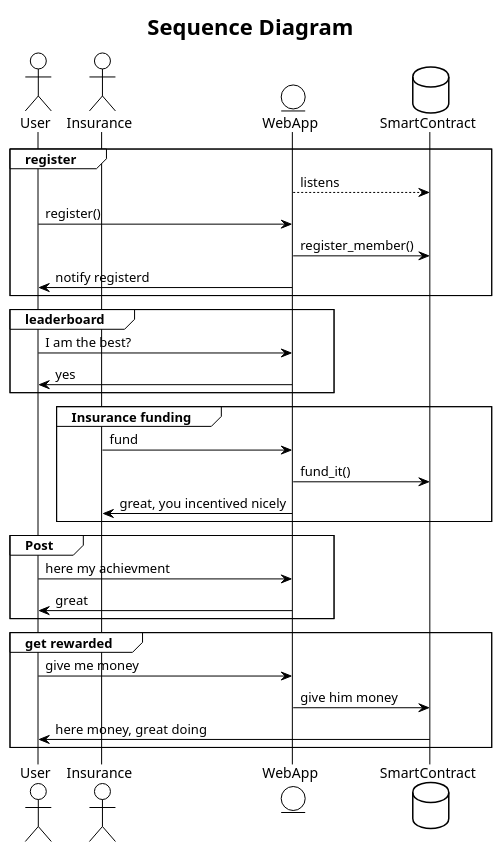
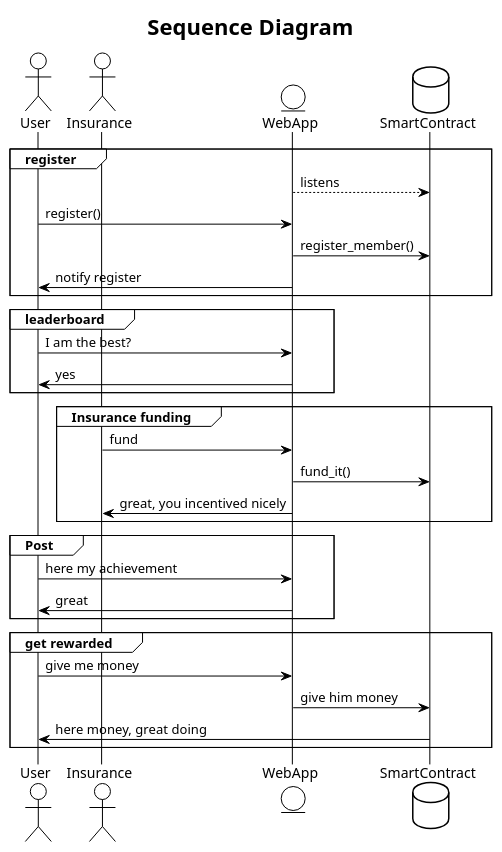
Before and after one commit to FrankBevr/100-Ideas: the third of 3 diagrams in practice/04/04-Ideas.md, drawn with PlantUML. The commit also changed other lines of this file and 1 other file, not shown here.

````diff
--- a/practice/04/04-Ideas.md
+++ b/practice/04/04-Ideas.md
@@ -119,38 +133,38 @@
 ```plantuml
 !theme plain
 title Sequence Diagram
 
 actor User
 actor Insurance
 entity WebApp
 database SmartContract
 
 group register
 WebApp --> SmartContract: listens
 User -> WebApp: register()
 WebApp -> SmartContract: register_member()
-WebApp -> User: notify registerd
+WebApp -> User: notify register
 end
 
 group leaderboard
 User -> WebApp: I am the best?
 WebApp -> User: yes
 end
 
 group Insurance funding
 Insurance -> WebApp: fund
 WebApp -> SmartContract: fund_it()
 WebApp -> Insurance: great, you incentived nicely
 end
 
 group Post
-User -> WebApp: here my achievment
+User -> WebApp: here my achievement
 WebApp -> User: great
 end
 
 group get rewarded
 User -> WebApp: give me money
 WebApp -> SmartContract: give him money
 SmartContract -> User: here money, great doing
 end
 ```
````
